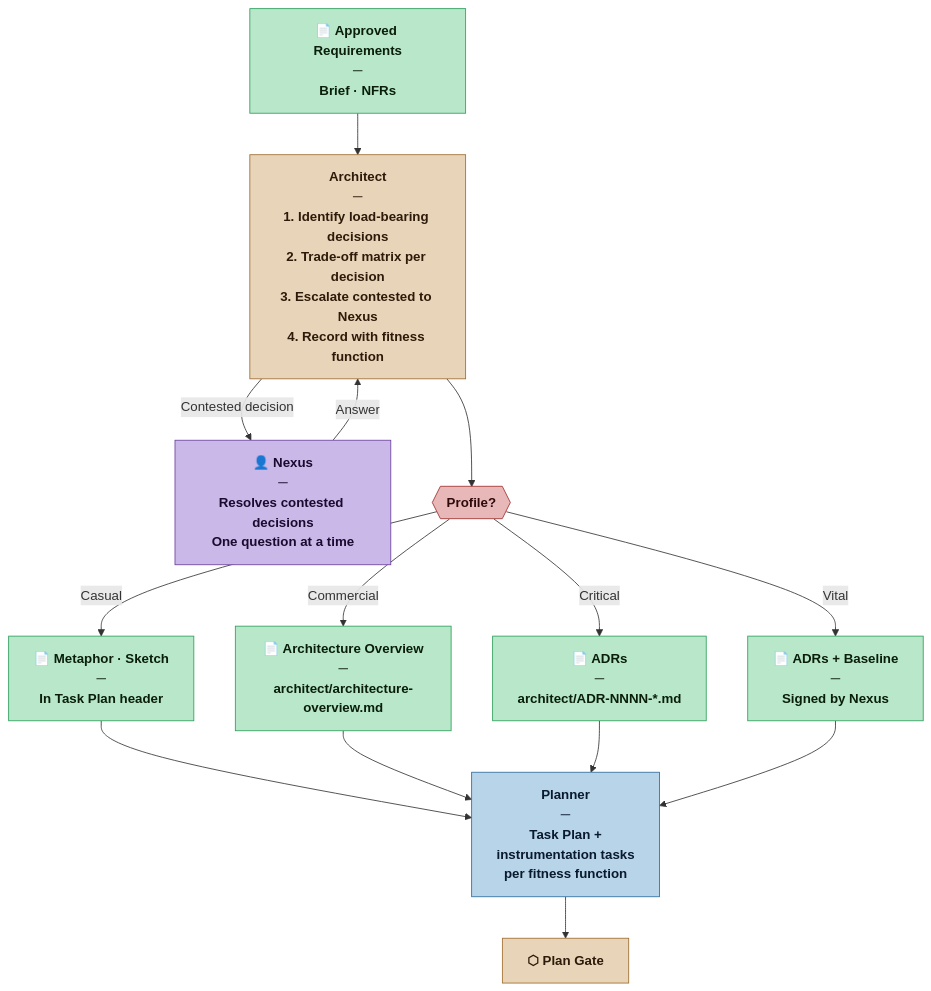
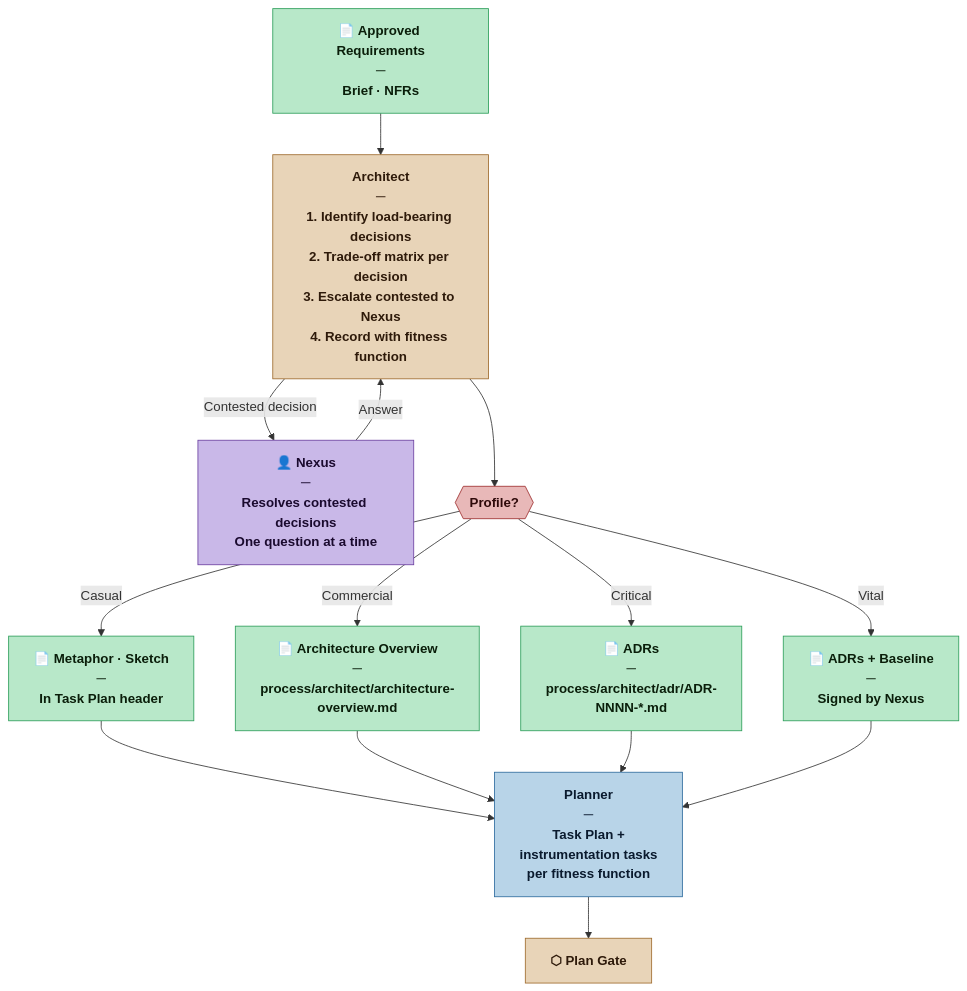
Before and after one commit to loskylp/Nexus-SDLC: the first of 3 diagrams in agents/architect.md, drawn with Mermaid. The commit also changed other lines of this file and 55 other files, not shown here.

````diff
--- a/agents/architect.md
+++ b/agents/architect.md
@@ -29,40 +29,40 @@
 ```mermaid
 flowchart TD
     classDef nexus    fill:#c9b8e8,stroke:#6b3fa0,color:#1a0a2e,font-weight:bold
     classDef self     fill:#e8d4b8,stroke:#9e6b2d,color:#2e1a0a,font-weight:bold
     classDef artifact fill:#b8e8c9,stroke:#2d9e5a,color:#0a1e0a,font-weight:bold
     classDef agent    fill:#b8d4e8,stroke:#2d6b9e,color:#0a1a2e,font-weight:bold
     classDef gate     fill:#e8d4b8,stroke:#9e6b2d,color:#2e1a0a,font-weight:bold
     classDef decision fill:#e8b8b8,stroke:#9e2d2d,color:#2e0a0a,font-weight:bold
 
     IN["📄 Approved Requirements<br/>─<br/>Brief · NFRs"]:::artifact
 
     AR["Architect<br/>─<br/>1. Identify load-bearing decisions<br/>2. Trade-off matrix per decision<br/>3. Escalate contested to Nexus<br/>4. Record with fitness function"]:::self
 
     NX["👤 Nexus<br/>─<br/>Resolves contested decisions<br/>One question at a time"]:::nexus
 
     DEC{{"Profile?"}}:::decision
 
     CA["📄 Metaphor · Sketch<br/>─<br/>In Task Plan header"]:::artifact
-    CO["📄 Architecture Overview<br/>─<br/>architect/architecture-overview.md"]:::artifact
-    CR["📄 ADRs<br/>─<br/>architect/ADR-NNNN-*.md"]:::artifact
+    CO["📄 Architecture Overview<br/>─<br/>process/architect/architecture-overview.md"]:::artifact
+    CR["📄 ADRs<br/>─<br/>process/architect/adr/ADR-NNNN-*.md"]:::artifact
     VI["📄 ADRs + Baseline<br/>─<br/>Signed by Nexus"]:::artifact
 
     PL["Planner<br/>─<br/>Task Plan +<br/>instrumentation tasks<br/>per fitness function"]:::agent
 
     GATE["⬡ Plan Gate"]:::gate
 
     IN   --> AR
     AR  -->|"Contested decision"| NX
     NX  -->|"Answer"| AR
     AR  --> DEC
     DEC -->|"Casual"| CA
     DEC -->|"Commercial"| CO
     DEC -->|"Critical"| CR
     DEC -->|"Vital"| VI
     CA  --> PL
     CO  --> PL
     CR  --> PL
     VI  --> PL
     PL  --> GATE
 ```
````
